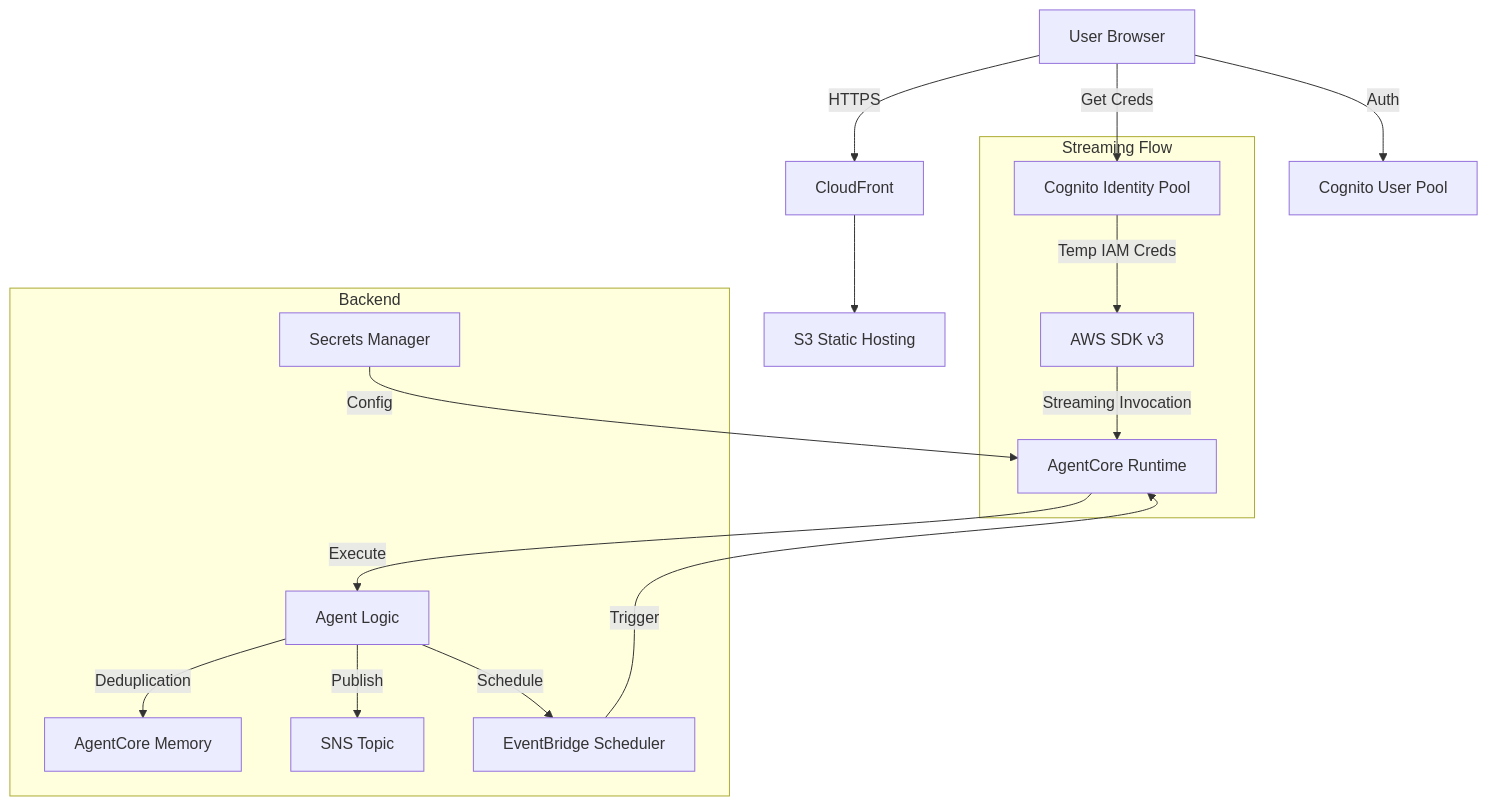
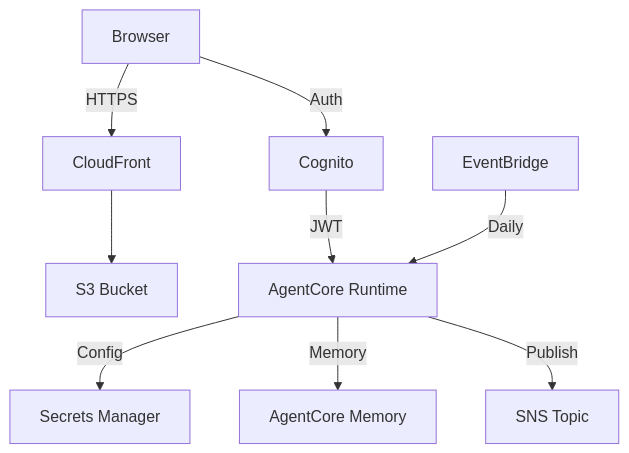
One commit to labeveryday/aws-whats-new-alerts changed the diagram in backend/README.md. Above: the diagram before and after it, drawn with Mermaid. The commit also changed other lines of this file and 2 other files, not shown here.

First line of the commit message:
Update all READMEs with current features and architecture

````diff
--- a/backend/README.md
+++ b/backend/README.md
@@ -7,21 +20,13 @@
 ```mermaid
 graph TD
-    User[User Browser] -->|HTTPS| CF[CloudFront]
-    CF --> S3[S3 Static Hosting]
-    User -->|Auth| Cognito[Cognito User Pool]
-    User -->|Get Creds| Identity[Cognito Identity Pool]
-    
-    subgraph "Streaming Flow"
-        Identity -->|Temp IAM Creds| SDK[AWS SDK v3]
-        SDK -->|Streaming Invocation| Runtime[AgentCore Runtime]
-    end
-    
-    subgraph "Backend"
-        Secrets[Secrets Manager] -->|Config| Runtime
-        Runtime -->|Execute| Agent[Agent Logic]
-        Agent -->|Deduplication| Memory[AgentCore Memory]
-        Agent -->|Publish| SNS[SNS Topic]
-        Agent -->|Schedule| Scheduler[EventBridge Scheduler]
-        Scheduler -->|Trigger| Runtime
-    end
+    User[Browser] -->|HTTPS| CF[CloudFront]
+    CF --> S3[S3 Bucket]
+    User -->|Auth| Cognito[Cognito]
+    Cognito -->|JWT| Runtime[AgentCore Runtime]
+
+    Runtime -->|Config| Secrets[Secrets Manager]
+    Runtime -->|Memory| Memory[AgentCore Memory]
+    Runtime -->|Publish| SNS[SNS Topic]
+
+    Scheduler[EventBridge] -->|Daily| Runtime
 ```
````
